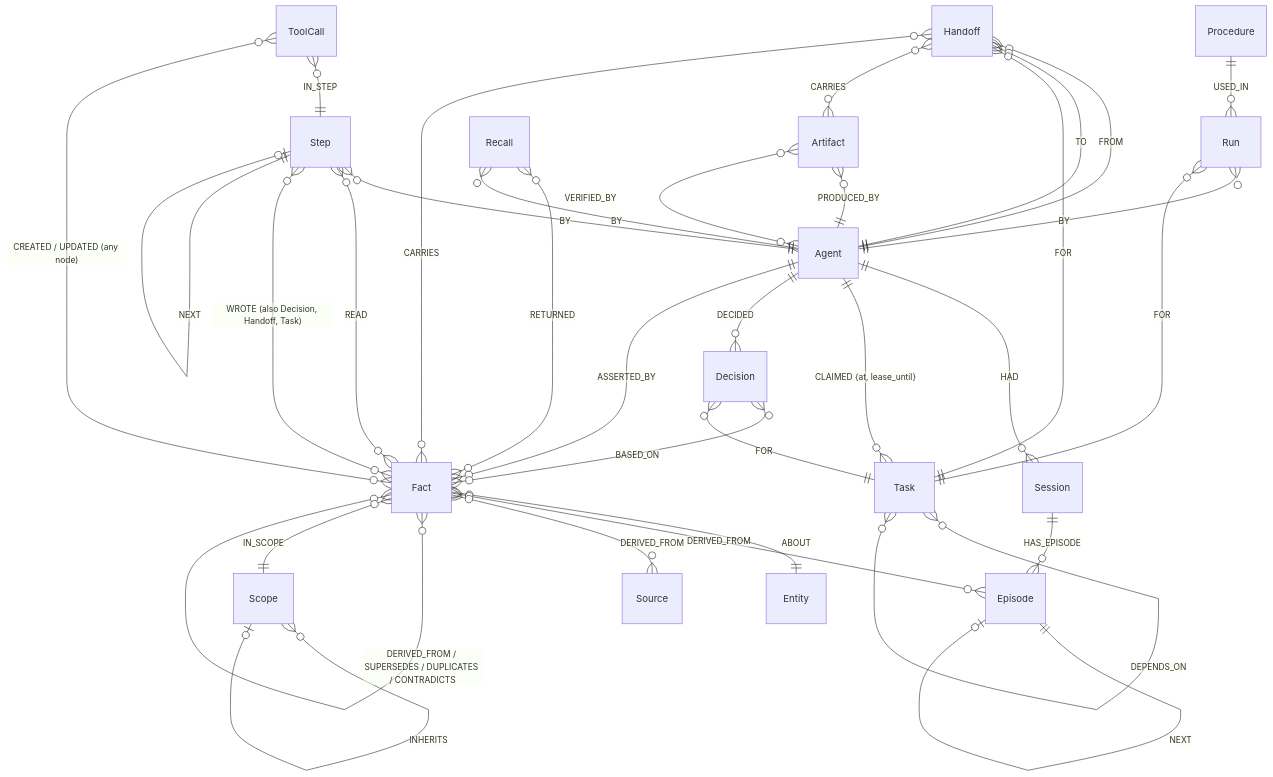
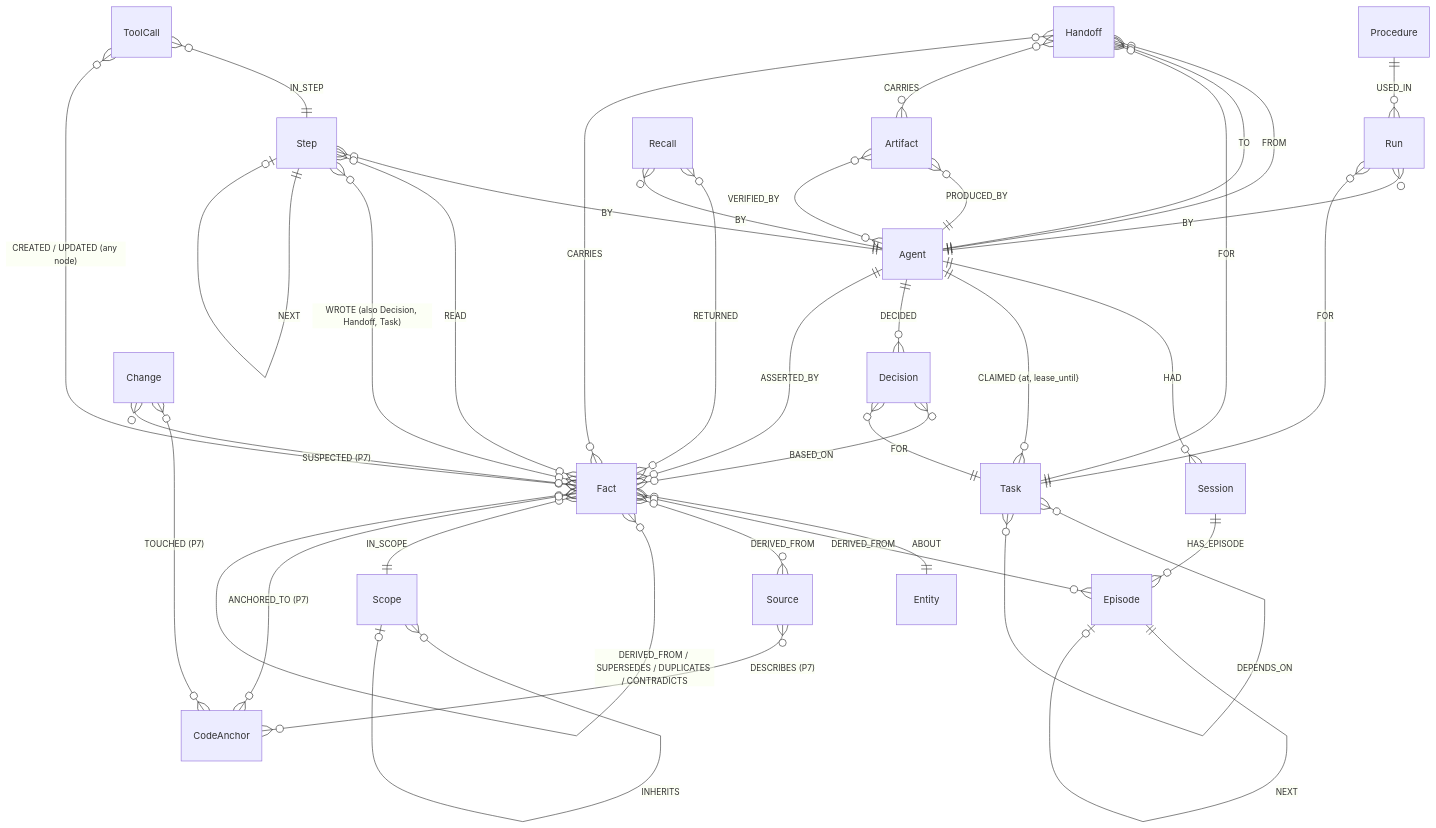
One commit to Suprim006/knewat changed the diagram in docs/graph-model.md. Above: the diagram before and after it, drawn with Mermaid. The commit also changed other lines of this file and 16 other files, not shown here.

````diff
--- a/docs/graph-model.md
+++ b/docs/graph-model.md
@@ -11,36 +11,40 @@
 ```mermaid
 erDiagram
     Agent ||--o{ Session : "HAD"
     Session ||--o{ Episode : "HAS_EPISODE"
     Episode ||--o| Episode : "NEXT"
     Fact }o--|| Entity : "ABOUT"
     Fact }o--o{ Episode : "DERIVED_FROM"
     Fact }o--o{ Source : "DERIVED_FROM"
     Fact }o--o{ Fact : "DERIVED_FROM / SUPERSEDES / DUPLICATES / CONTRADICTS"
     Fact }o--|| Scope : "IN_SCOPE"
     Scope }o--o| Scope : "INHERITS"
     Fact }o--|| Agent : "ASSERTED_BY"
     Procedure ||--o{ Run : "USED_IN"
     Run }o--|| Agent : "BY"
     Run }o--|| Task : "FOR"
     Task }o--o{ Task : "DEPENDS_ON"
     Agent ||--o{ Task : "CLAIMED {at, lease_until}"
     Handoff }o--|| Agent : "FROM"
     Handoff }o--|| Agent : "TO"
     Handoff }o--|| Task : "FOR"
     Handoff }o--o{ Artifact : "CARRIES"
     Handoff }o--o{ Fact : "CARRIES"
     Agent ||--o{ Decision : "DECIDED"
     Decision }o--o{ Fact : "BASED_ON"
     Decision }o--|| Task : "FOR"
     Artifact }o--|| Agent : "PRODUCED_BY"
     Artifact }o--o{ Agent : "VERIFIED_BY"
     Step }o--|| Agent : "BY"
     Step }o--o{ Fact : "READ"
     Step }o--o{ Fact : "WROTE (also Decision, Handoff, Task)"
     Step ||--o| Step : "NEXT"
     ToolCall }o--|| Step : "IN_STEP"
     Recall }o--o{ Fact : "RETURNED"
     Recall }o--|| Agent : "BY"
     ToolCall }o--o{ Fact : "CREATED / UPDATED (any node)"
+    Fact }o--o{ CodeAnchor : "ANCHORED_TO (P7)"
+    Source }o--o{ CodeAnchor : "DESCRIBES (P7)"
+    Change }o--o{ CodeAnchor : "TOUCHED (P7)"
+    Change }o--o{ Fact : "SUSPECTED (P7)"
 ```
````
